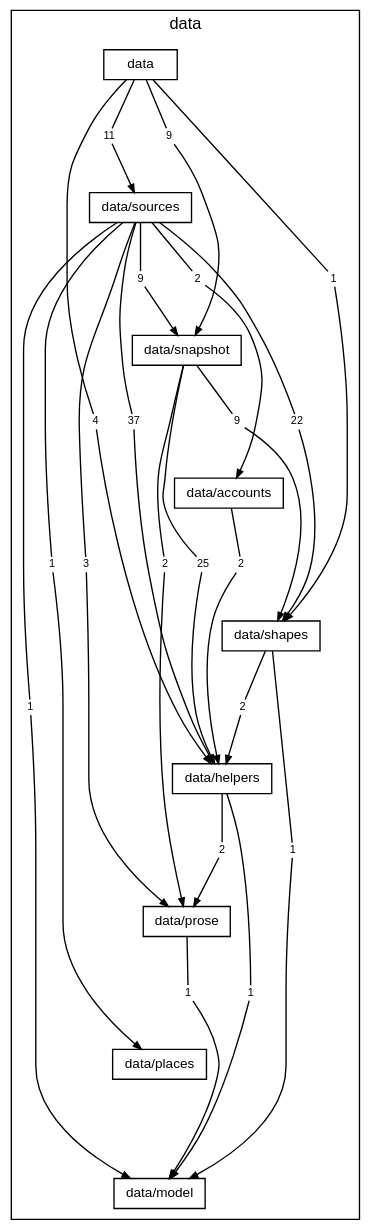
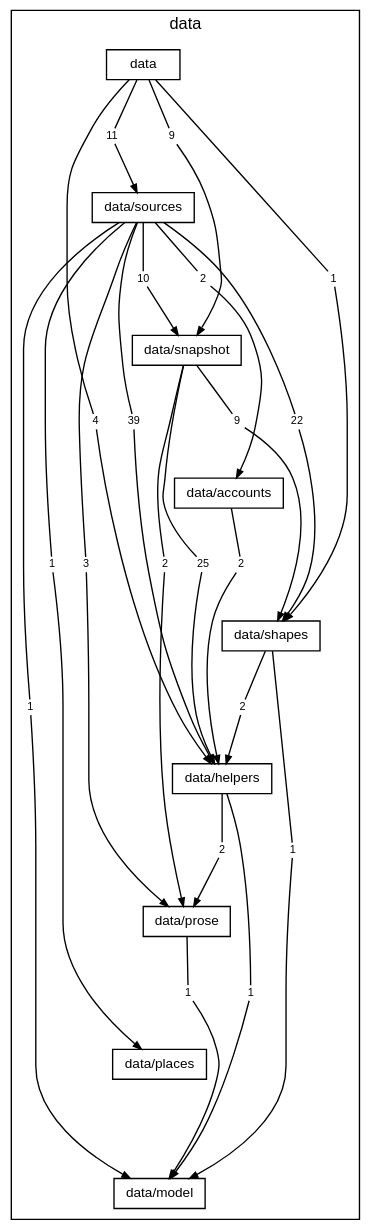
The diagram in docs/diagrams/layer-data.dot (TheAxeC/oculus), drawn with Graphviz before and after one commit. The commit also changed 260 other files, not shown here.

```diff
--- a/docs/diagrams/layer-data.dot
+++ b/docs/diagrams/layer-data.dot
@@ -1,85 +1,85 @@
 digraph layer_data {
     graph [bgcolor="transparent", rankdir=TB, newrank=true, mclimit=4, fontname="Helvetica,Arial,sans-serif", fontsize=12, nodesep=0.2, ranksep=0.5];
     node [shape=box, color="black", fontcolor="black", fontname="Helvetica,Arial,sans-serif", fontsize=10, height=0.3, margin="0.12,0.04"];
     edge [color="black", fontcolor="black", fontname="Helvetica,Arial,sans-serif", fontsize=8, arrowsize=0.6];
     subgraph "cluster_data" {
         label="data"; style=solid;
         "folder data" [label="data"];
         "folder data/sources" [label="data/sources"];
         "folder data/snapshot" [label="data/snapshot"];
         "folder data/accounts" [label="data/accounts"];
         "folder data/shapes" [label="data/shapes"];
         "folder data/helpers" [label="data/helpers"];
         "folder data/prose" [label="data/prose"];
         "folder data/places" [label="data/places"];
         "folder data/model" [label="data/model"];
         "folder data to folder data/helpers" [label="4", shape=box, color="transparent", fontsize=8, width=0, height=0, margin="0.04,0.02"];
         "folder data to folder data/shapes" [label="1", shape=box, color="transparent", fontsize=8, width=0, height=0, margin="0.04,0.02"];
         "folder data to folder data/snapshot" [label="9", shape=box, color="transparent", fontsize=8, width=0, height=0, margin="0.04,0.02"];
         "folder data to folder data/sources" [label="11", shape=box, color="transparent", fontsize=8, width=0, height=0, margin="0.04,0.02"];
         "folder data/sources to folder data/accounts" [label="2", shape=box, color="transparent", fontsize=8, width=0, height=0, margin="0.04,0.02"];
-        "folder data/sources to folder data/helpers" [label="37", shape=box, color="transparent", fontsize=8, width=0, height=0, margin="0.04,0.02"];
+        "folder data/sources to folder data/helpers" [label="39", shape=box, color="transparent", fontsize=8, width=0, height=0, margin="0.04,0.02"];
         "folder data/sources to folder data/model" [label="1", shape=box, color="transparent", fontsize=8, width=0, height=0, margin="0.04,0.02"];
         "folder data/sources to folder data/places" [label="1", shape=box, color="transparent", fontsize=8, width=0, height=0, margin="0.04,0.02"];
         "folder data/sources to folder data/prose" [label="3", shape=box, color="transparent", fontsize=8, width=0, height=0, margin="0.04,0.02"];
         "folder data/sources to folder data/shapes" [label="22", shape=box, color="transparent", fontsize=8, width=0, height=0, margin="0.04,0.02"];
-        "folder data/sources to folder data/snapshot" [label="9", shape=box, color="transparent", fontsize=8, width=0, height=0, margin="0.04,0.02"];
+        "folder data/sources to folder data/snapshot" [label="10", shape=box, color="transparent", fontsize=8, width=0, height=0, margin="0.04,0.02"];
         "folder data/snapshot to folder data/helpers" [label="25", shape=box, color="transparent", fontsize=8, width=0, height=0, margin="0.04,0.02"];
         "folder data/snapshot to folder data/prose" [label="2", shape=box, color="transparent", fontsize=8, width=0, height=0, margin="0.04,0.02"];
         "folder data/snapshot to folder data/shapes" [label="9", shape=box, color="transparent", fontsize=8, width=0, height=0, margin="0.04,0.02"];
         "folder data/accounts to folder data/helpers" [label="2", shape=box, color="transparent", fontsize=8, width=0, height=0, margin="0.04,0.02"];
         "folder data/shapes to folder data/helpers" [label="2", shape=box, color="transparent", fontsize=8, width=0, height=0, margin="0.04,0.02"];
         "folder data/shapes to folder data/model" [label="1", shape=box, color="transparent", fontsize=8, width=0, height=0, margin="0.04,0.02"];
         "folder data/helpers to folder data/model" [label="1", shape=box, color="transparent", fontsize=8, width=0, height=0, margin="0.04,0.02"];
         "folder data/helpers to folder data/prose" [label="2", shape=box, color="transparent", fontsize=8, width=0, height=0, margin="0.04,0.02"];
         "folder data/prose to folder data/model" [label="1", shape=box, color="transparent", fontsize=8, width=0, height=0, margin="0.04,0.02"];
     }
     "folder data" -> "folder data/sources" [style=invis, weight=10, minlen=2];
     "folder data/sources" -> "folder data/snapshot" [style=invis, weight=10, minlen=2];
     "folder data/snapshot" -> "folder data/accounts" [style=invis, weight=10, minlen=2];
     "folder data/accounts" -> "folder data/shapes" [style=invis, weight=10, minlen=2];
     "folder data/shapes" -> "folder data/helpers" [style=invis, weight=10, minlen=2];
     "folder data/helpers" -> "folder data/prose" [style=invis, weight=10, minlen=2];
     "folder data/prose" -> "folder data/places" [style=invis, weight=10, minlen=2];
     "folder data/places" -> "folder data/model" [style=invis, weight=10, minlen=2];
     "folder data" -> "folder data to folder data/helpers" [arrowhead=none, minlen=5, weight=10];
     "folder data to folder data/helpers" -> "folder data/helpers" [];
     "folder data" -> "folder data to folder data/shapes" [arrowhead=none, minlen=3, weight=10];
     "folder data to folder data/shapes" -> "folder data/shapes" [];
     "folder data" -> "folder data to folder data/snapshot" [arrowhead=none, minlen=1, weight=10];
     "folder data to folder data/snapshot" -> "folder data/snapshot" [];
     "folder data" -> "folder data to folder data/sources" [arrowhead=none, minlen=1, weight=10];
     "folder data to folder data/sources" -> "folder data/sources" [];
     "folder data/sources" -> "folder data/sources to folder data/accounts" [arrowhead=none, minlen=1, weight=10];
     "folder data/sources to folder data/accounts" -> "folder data/accounts" [];
     "folder data/sources" -> "folder data/sources to folder data/helpers" [arrowhead=none, minlen=3, weight=10];
     "folder data/sources to folder data/helpers" -> "folder data/helpers" [];
     "folder data/sources" -> "folder data/sources to folder data/model" [arrowhead=none, minlen=7, weight=10];
     "folder data/sources to folder data/model" -> "folder data/model" [];
     "folder data/sources" -> "folder data/sources to folder data/places" [arrowhead=none, minlen=5, weight=10];
     "folder data/sources to folder data/places" -> "folder data/places" [];
     "folder data/sources" -> "folder data/sources to folder data/prose" [arrowhead=none, minlen=5, weight=10];
     "folder data/sources to folder data/prose" -> "folder data/prose" [];
     "folder data/sources" -> "folder data/sources to folder data/shapes" [arrowhead=none, minlen=3, weight=10];
     "folder data/sources to folder data/shapes" -> "folder data/shapes" [];
     "folder data/sources" -> "folder data/sources to folder data/snapshot" [arrowhead=none, minlen=1, weight=10];
     "folder data/sources to folder data/snapshot" -> "folder data/snapshot" [];
     "folder data/snapshot" -> "folder data/snapshot to folder data/helpers" [arrowhead=none, minlen=3, weight=10];
     "folder data/snapshot to folder data/helpers" -> "folder data/helpers" [];
     "folder data/snapshot" -> "folder data/snapshot to folder data/prose" [arrowhead=none, minlen=3, weight=10];
     "folder data/snapshot to folder data/prose" -> "folder data/prose" [];
     "folder data/snapshot" -> "folder data/snapshot to folder data/shapes" [arrowhead=none, minlen=1, weight=10];
     "folder data/snapshot to folder data/shapes" -> "folder data/shapes" [];
     "folder data/accounts" -> "folder data/accounts to folder data/helpers" [arrowhead=none, minlen=1, weight=10];
     "folder data/accounts to folder data/helpers" -> "folder data/helpers" [];
     "folder data/shapes" -> "folder data/shapes to folder data/helpers" [arrowhead=none, minlen=1, weight=10];
     "folder data/shapes to folder data/helpers" -> "folder data/helpers" [];
     "folder data/shapes" -> "folder data/shapes to folder data/model" [arrowhead=none, minlen=3, weight=10];
     "folder data/shapes to folder data/model" -> "folder data/model" [];
     "folder data/helpers" -> "folder data/helpers to folder data/model" [arrowhead=none, minlen=3, weight=10];
     "folder data/helpers to folder data/model" -> "folder data/model" [];
     "folder data/helpers" -> "folder data/helpers to folder data/prose" [arrowhead=none, minlen=1, weight=10];
     "folder data/helpers to folder data/prose" -> "folder data/prose" [];
     "folder data/prose" -> "folder data/prose to folder data/model" [arrowhead=none, minlen=1, weight=10];
     "folder data/prose to folder data/model" -> "folder data/model" [];
 }
```
